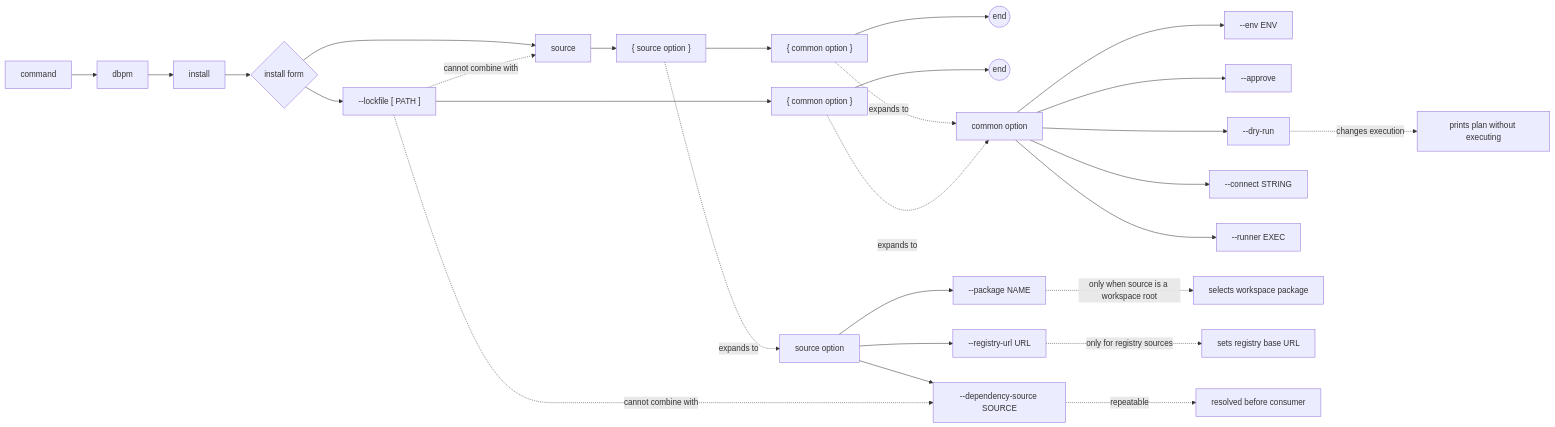
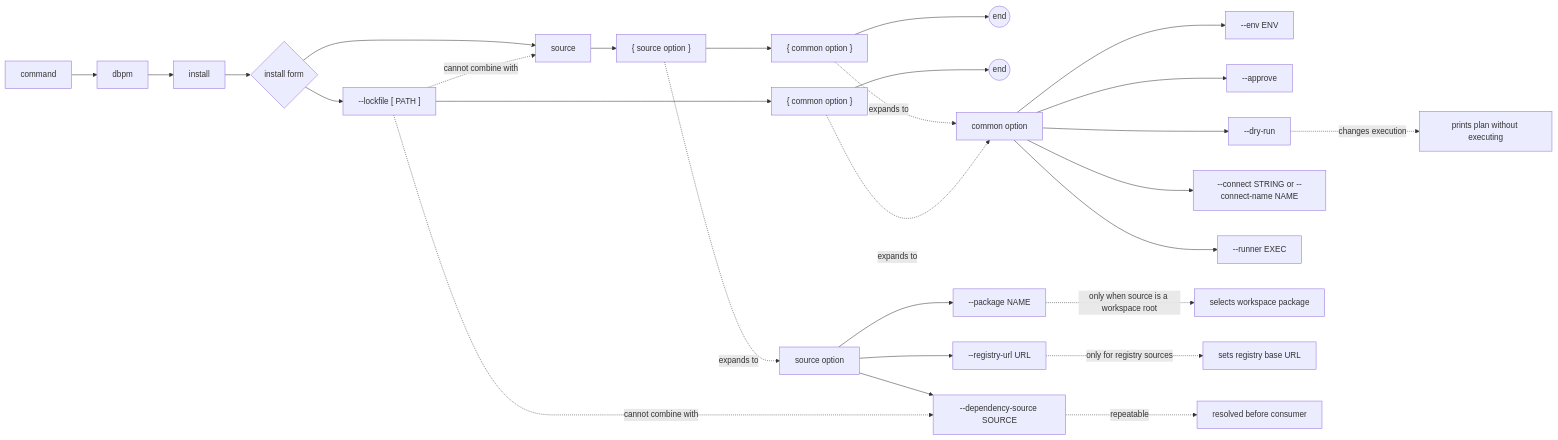
The diagram in docs/commands/install.md (512itconsulting/dbpm), drawn with Mermaid before and after one commit. The commit also changed other lines of this file and 22 other files, not shown here.

````diff
--- a/docs/commands/install.md
+++ b/docs/commands/install.md
@@ -20,35 +20,35 @@
 ```mermaid
 flowchart LR
     command["command"] --> dbpm["dbpm"]
     dbpm --> install["install"]
     install --> form{"install form"}
 
     form --> source_form["source"]
     source_form --> source_common["{ source option }"]
     source_common --> common_options["{ common option }"]
     common_options --> end_source(("end"))
 
     form --> lockfile_form["--lockfile [ PATH ]"]
     lockfile_form --> common_options_lock["{ common option }"]
     common_options_lock --> end_lock(("end"))
 
     source_option["source option"] --> package["--package NAME"]
     source_option --> dependency_source["--dependency-source SOURCE"]
     source_option --> registry_url["--registry-url URL"]
     source_common -. expands to .-> source_option
 
     common_option["common option"] --> env["--env ENV"]
     common_option --> approve["--approve"]
     common_option --> dry_run["--dry-run"]
-    common_option --> connect["--connect STRING"]
+    common_option --> connect["--connect STRING or --connect-name NAME"]
     common_option --> runner["--runner EXEC"]
     common_options -. expands to .-> common_option
     common_options_lock -. expands to .-> common_option
 
     lockfile_form -. cannot combine with .-> source_form
     lockfile_form -. cannot combine with .-> dependency_source
     package -. only when source is a workspace root .-> package_note["selects workspace package"]
     registry_url -. only for registry sources .-> registry_note["sets registry base URL"]
     dependency_source -. repeatable .-> dep_note["resolved before consumer"]
     dry_run -. changes execution .-> dry_run_note["prints plan without executing"]
 ```
````
